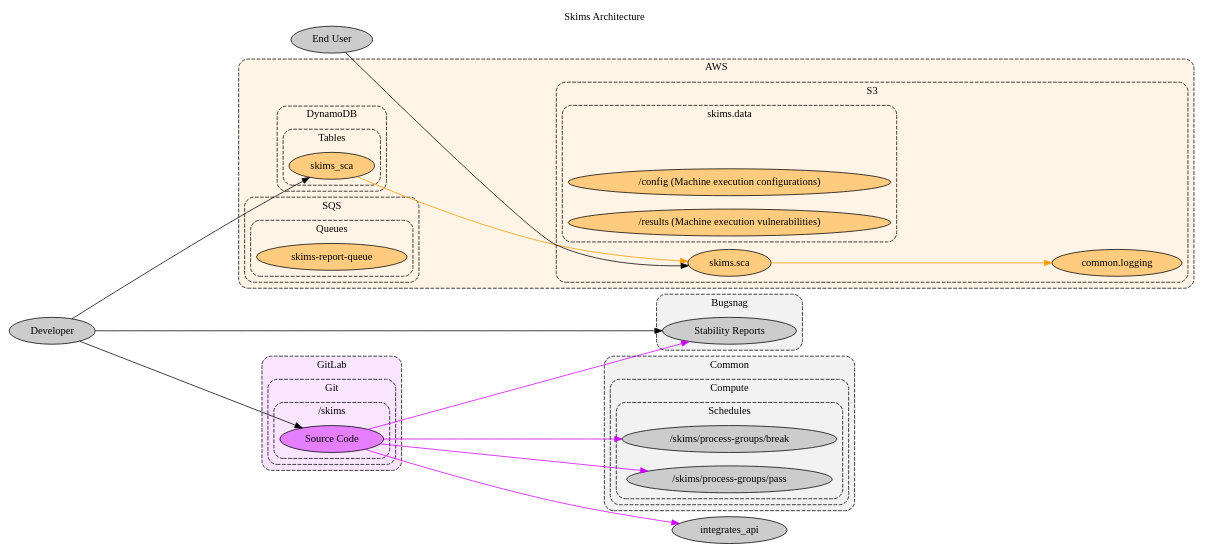
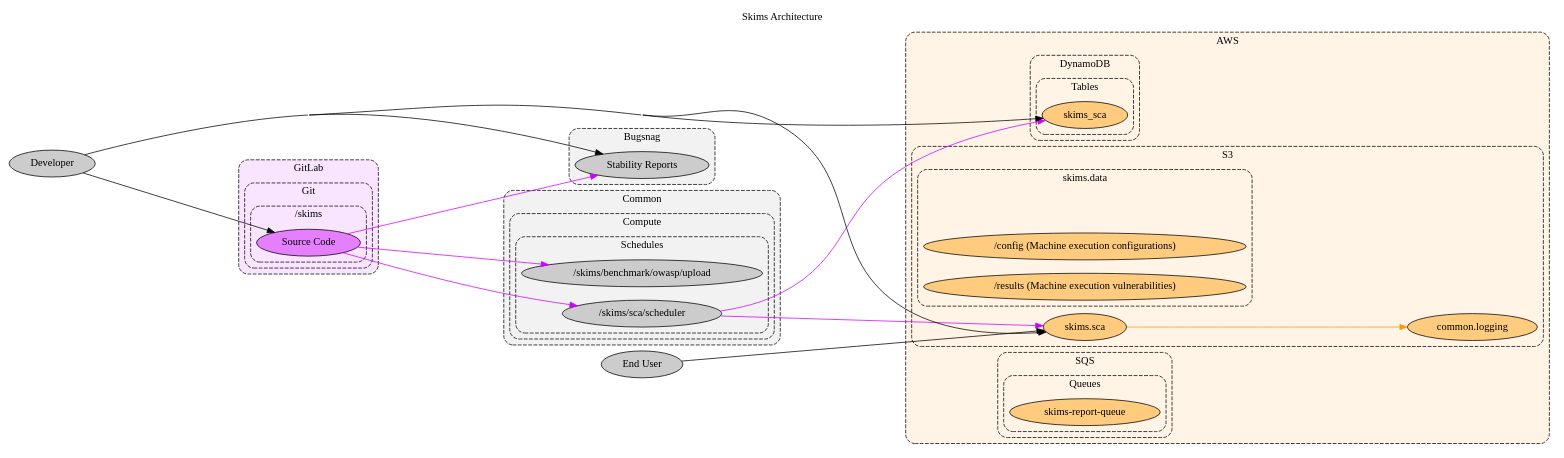
Before and after one commit to jeanbaptistemora/fluidattacks-universe2: the diagram in docs/src/docs/development/products/skims/arch.dot, drawn with Graphviz. The commit also changed 3 other files, not shown here.

```diff
--- a/docs/src/docs/development/products/skims/arch.dot
+++ b/docs/src/docs/development/products/skims/arch.dot
@@ -1,119 +1,120 @@
 // SPDX-FileCopyrightText: 2022 Fluid Attacks <development@fluidattacks.com>
 //
 // SPDX-License-Identifier: MPL-2.0
 
 digraph skims {
   label="Skims Architecture"
   labelloc="t"
   compound="true"
   concentrate="true"
   ranksep="3.0"
   rankdir="LR"
   scale="scalexy"
 
   node[style="filled"]
   graph[style="dashed,rounded"]
 
   subgraph cluster_aws {
     label="AWS"
     bgcolor="0.1 0.1 1.0"
     node[fillcolor="0.1 0.5 1.0"]
 
     subgraph cluster_aws_dynamodb {
       label="DynamoDB"
 
       subgraph cluster_aws_dynamodb_tables {
         label="Tables"
 
         aws_dynamodb_tables_skims_sca[label="skims_sca"]
       }
     }
 
     subgraph cluster_aws_s3 {
       label="S3"
 
       subgraph cluster_aws_s3_skims_data {
         label="skims.data"
 
         cluster_aws_s3_skims_data[label="" style="invis"]
 
         aws_s3_skims_data_config[label="/config (Machine execution configurations)" width="6.0"]
         aws_s3_skims_data_results[label="/results (Machine execution vulnerabilities)" width="6.0"]
       }
 
       aws_s3_skims_sca[label="skims.sca"]
       aws_s3_common_logging[label="common.logging"]
     }
 
     subgraph cluster_aws_sqs {
       label="SQS"
 
       subgraph cluster_aws_sqs_queues {
         label="Queues"
 
         aws_sqs_queues_skims_report_queue[label="skims-report-queue"]
       }
     }
   }
 
   subgraph cluster_bugsnag {
     label="Bugsnag"
     bgcolor="0.0 0.0 0.95"
     node[fillcolor="0.0 0.0 0.8"]
 
     bugsnag[label="Stability Reports"]
   }
 
   subgraph cluster_common {
     label="Common"
     bgcolor="0.0 0.0 0.95"
     node[fillcolor="0.0 0.0 0.8"]
 
     subgraph cluster_common_compute {
       label="Compute"
 
       subgraph cluster_common_compute_schedules {
         label="Schedules"
 
-        common_compute_schedules_break[label="/skims/process-groups/break"]
-        common_compute_schedules_pass[label="/skims/process-groups/pass"]
+        common_compute_schedules_skims_benchmark_owasp_upload[label="/skims/benchmark/owasp/upload"]
+        common_compute_schedules_skims_sca_scheduler[label="/skims/sca/scheduler"]
       }
     }
   }
 
   subgraph cluster_gitlab {
     label="GitLab"
     bgcolor="0.8 0.1 1.0"
     node[fillcolor="0.8 0.5 1.0"]
 
     subgraph cluster_gitlab_git {
       label="Git"
 
       subgraph cluster_gitlab_skims {
         label="/skims"
 
         gitlab_skims[label="Source Code"]
       }
     }
   }
 
   node[fillcolor="0.0 0.0 0.8"]
   end_user[label="End User"]
   developer[label="Developer"]
 
   edge[color="0.1 1.0 1.0"]
-  aws_dynamodb_tables_skims_sca -> aws_s3_skims_sca[]
   aws_s3_skims_sca -> aws_s3_common_logging[]
 
   edge[color="0.8 1.0 1.0"]
   gitlab_skims -> bugsnag[]
-  gitlab_skims -> common_compute_schedules_break[]
-  gitlab_skims -> common_compute_schedules_pass[]
-  gitlab_skims -> integrates_api[]
+  gitlab_skims -> common_compute_schedules_skims_benchmark_owasp_upload[]
+  gitlab_skims -> common_compute_schedules_skims_sca_scheduler[]
+  common_compute_schedules_skims_sca_scheduler -> aws_dynamodb_tables_skims_sca[]
+  common_compute_schedules_skims_sca_scheduler -> aws_s3_skims_sca[]
 
   edge[color="0.0 0.0 0.0"]
   developer -> aws_dynamodb_tables_skims_sca[]
+  developer -> aws_s3_skims_sca[]
   developer -> bugsnag[]
   developer -> gitlab_skims[]
   end_user -> aws_s3_skims_sca[]
 }
```
